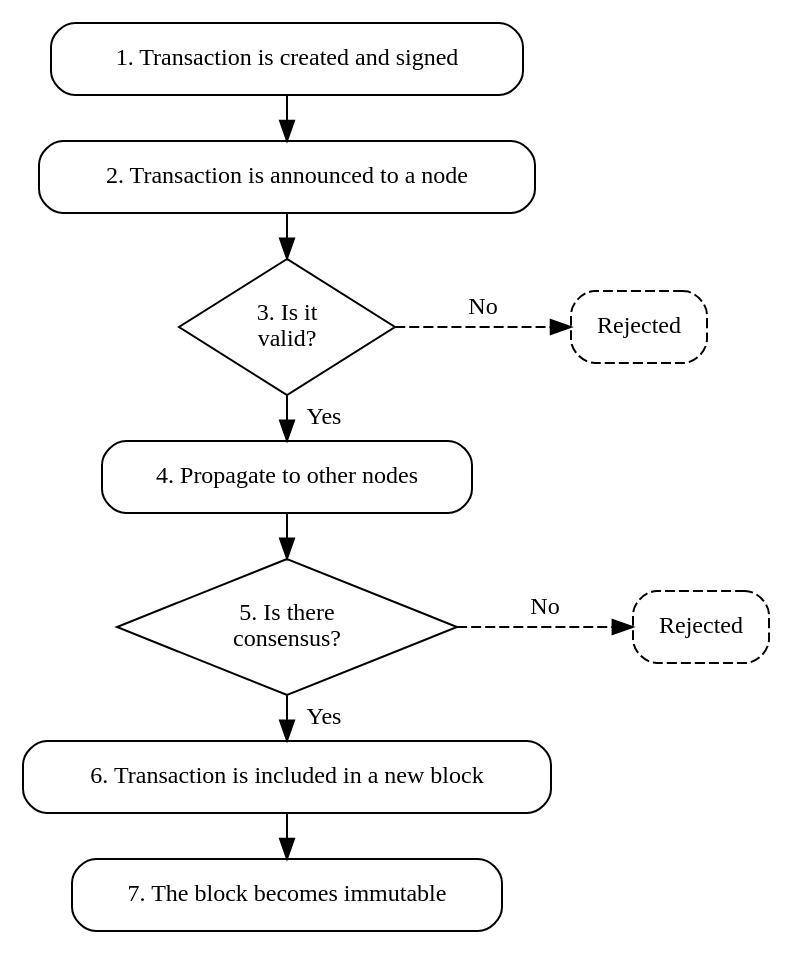
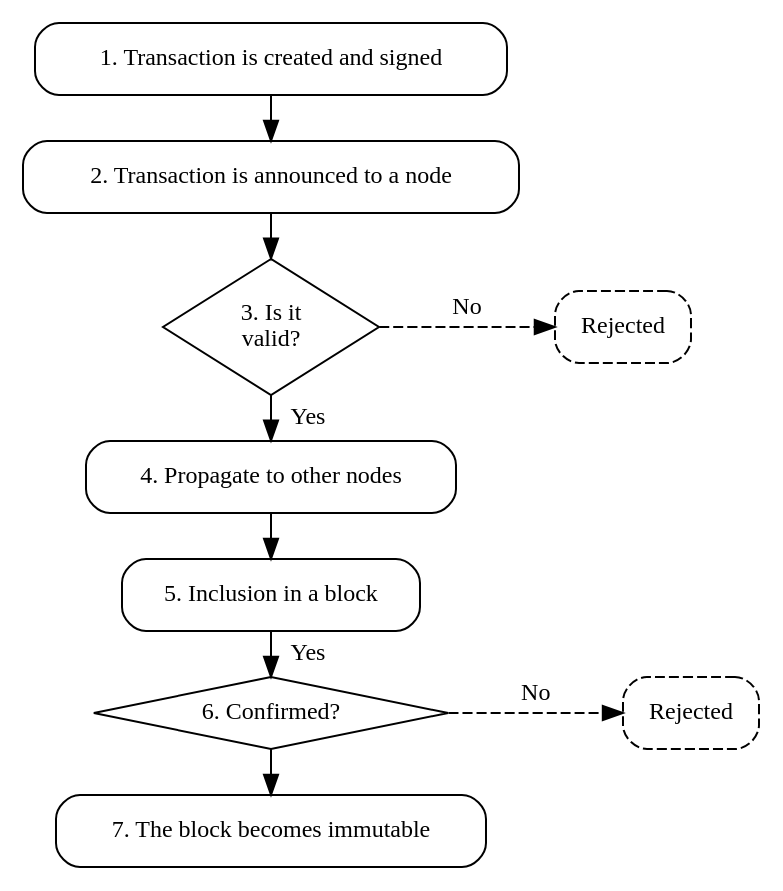
One commit to symbol/symbol changed the third of 3 diagrams in mkdocs/pages/en/textbook/transactions.md. Above: the diagram before and after it, drawn with Graphviz. The commit also changed other lines of this file and 6 other files, not shown here.

````diff
--- a/mkdocs/pages/en/textbook/transactions.md
+++ b/mkdocs/pages/en/textbook/transactions.md
@@ -156,39 +156,38 @@
 ```dot
 digraph "Transaction Lifecycle" {
     node [shape=box, style=rounded, fontsize=12];
     edge [fontsize=12];
     nodesep=0.3;
     ranksep=0.3;
 
     // Main vertical flow
     Creation     [label="1. Transaction is created and signed", URL="#1-creation-and-signature"];
     Announcement [label="2. Transaction is announced to a node", URL="#2-announcement"];
     Validation   [label="3. Is it
 valid?", shape=diamond, style="", URL="#3-validation"];
     Propagation  [label="4. Propagate to other nodes", URL="#4-propagation"];
-    Consensus    [label="5. Is there
-consensus?", shape=diamond, style="", URL="#5-consensus"];
-    Confirmation [label="6. Transaction is included in a new block", URL="#6-confirmation"];
+    Harvesting   [label="5. Inclusion in a block", URL="#5-harvesting"];
+    Confirmation [label="6. Confirmed?", shape=diamond, style="", URL="#6-confirmation"];
     Finalization [label="7. The block becomes immutable", URL="#7-finalization"];
 
     // Rejection branches
     Rejection1   [label="Rejected" style="rounded,dashed"];
     Rejection2   [label="Rejected" style="rounded,dashed"];
 
     // Main flow edges
     Creation ->     Announcement;
     Announcement -> Validation;
     Validation ->   Propagation [label="   Yes", labelfloat=true];
-    Propagation ->  Consensus;
-    Consensus ->    Confirmation [label="   Yes", labelfloat=true];
+    Propagation ->  Harvesting;
+    Harvesting ->   Confirmation [label="   Yes", labelfloat=true];
     Confirmation -> Finalization;
 
     // Rejection branches to the right
     Validation ->   Rejection1 [label=No, style=dashed, minlen=2];
-    Consensus ->    Rejection2 [label=No, style=dashed, minlen=2];
+    Confirmation ->   Rejection2 [label=No, style=dashed, minlen=2];
 
     // Position rejection nodes on the same rank as their source
     { rank = same; Validation; Rejection1 }
-    { rank = same; Consensus; Rejection2 }
+    { rank = same; Confirmation; Rejection2 }
 }
 ```
````
